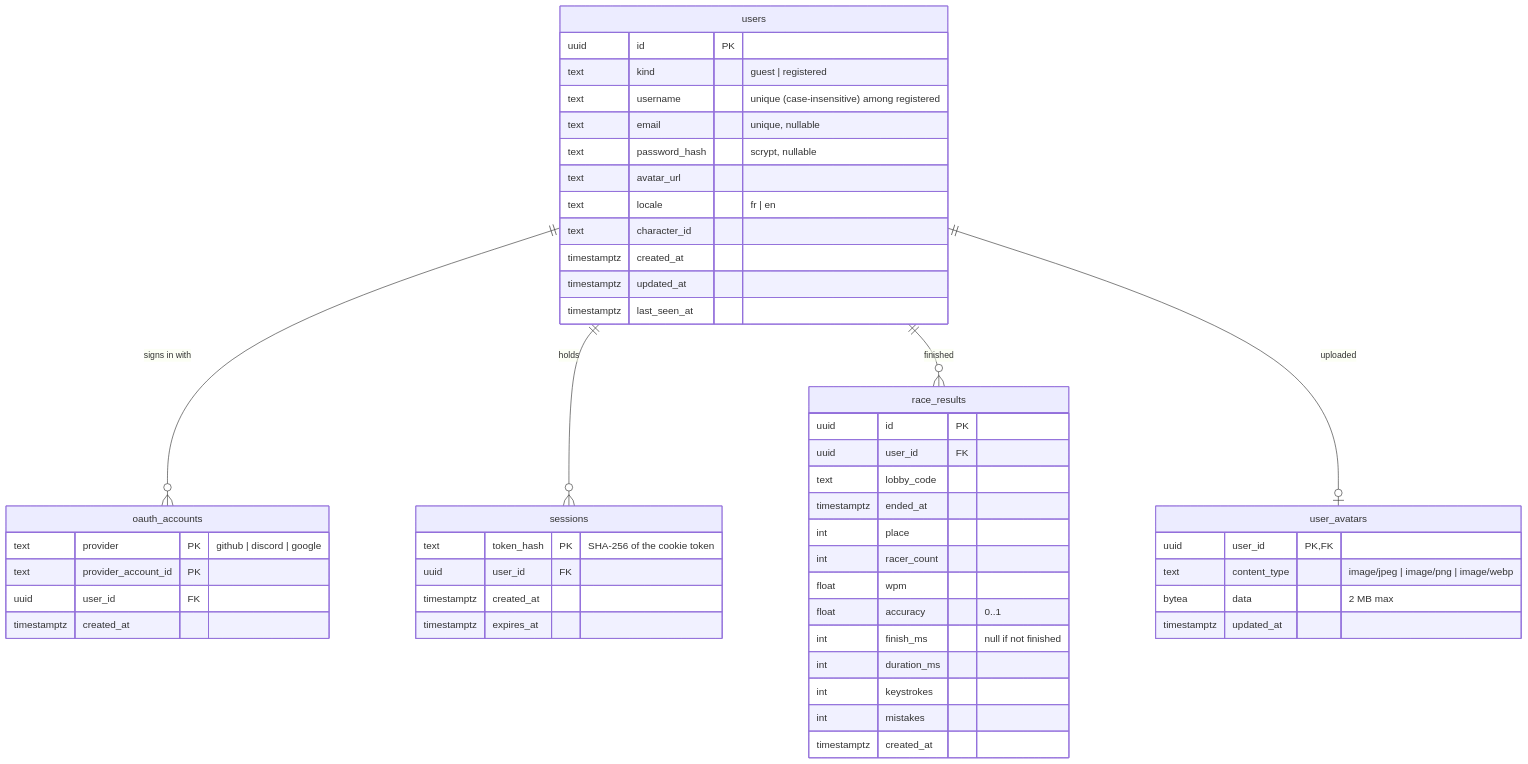
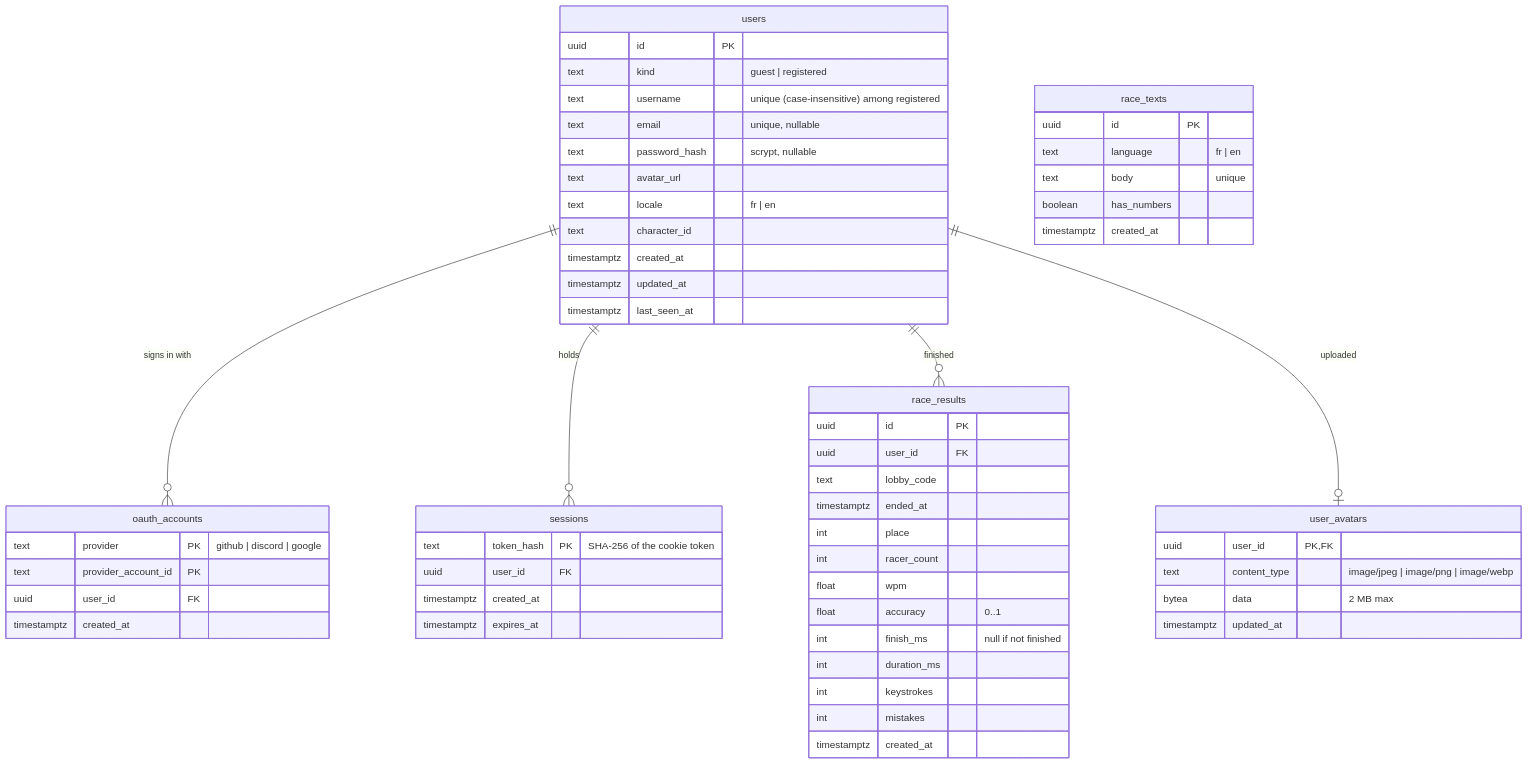
One commit to Sylowww/Persona5-type-racing changed the first of 3 diagrams in docs/ARCHITECTURE.md. Above: the diagram before and after it, drawn with Mermaid. The commit also changed other lines of this file, not shown here.

Commit message:
docs: add the real-time message flow diagram and seed notes

````diff
--- a/docs/ARCHITECTURE.md
+++ b/docs/ARCHITECTURE.md
@@ -126,54 +127,61 @@
 ```mermaid
 erDiagram
   users ||--o{ oauth_accounts : "signs in with"
   users ||--o{ sessions : "holds"
   users ||--o{ race_results : "finished"
   users ||--o| user_avatars : "uploaded"
 
   users {
     uuid id PK
     text kind "guest | registered"
     text username "unique (case-insensitive) among registered"
     text email "unique, nullable"
     text password_hash "scrypt, nullable"
     text avatar_url
     text locale "fr | en"
     text character_id
     timestamptz created_at
     timestamptz updated_at
     timestamptz last_seen_at
   }
   oauth_accounts {
     text provider PK "github | discord | google"
     text provider_account_id PK
     uuid user_id FK
     timestamptz created_at
   }
   sessions {
     text token_hash PK "SHA-256 of the cookie token"
     uuid user_id FK
     timestamptz created_at
     timestamptz expires_at
   }
   user_avatars {
     uuid user_id PK, FK
     text content_type "image/jpeg | image/png | image/webp"
     bytea data "2 MB max"
     timestamptz updated_at
   }
+  race_texts {
+    uuid id PK
+    text language "fr | en"
+    text body "unique"
+    boolean has_numbers
+    timestamptz created_at
+  }
   race_results {
     uuid id PK
     uuid user_id FK
     text lobby_code
     timestamptz ended_at
     int place
     int racer_count
     float wpm
     float accuracy "0..1"
     int finish_ms "null if not finished"
     int duration_ms
     int keystrokes
     int mistakes
     timestamptz created_at
   }
 ```
````
